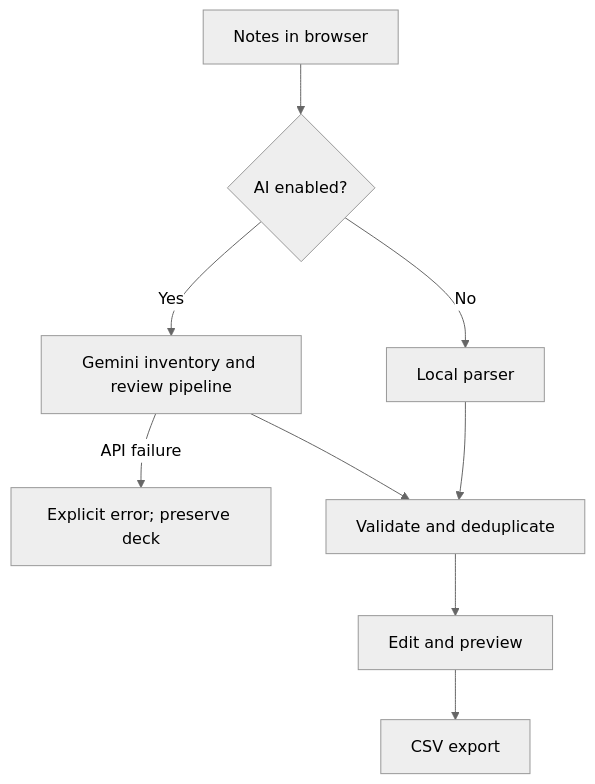
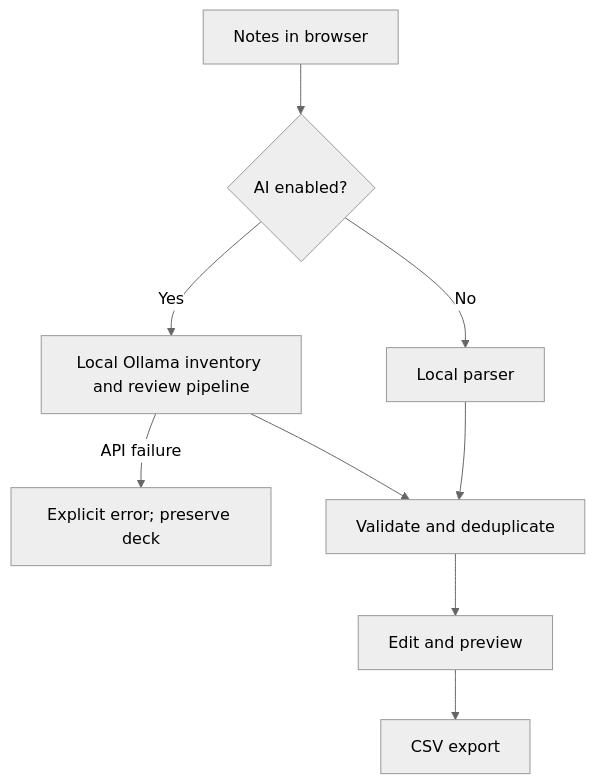
One commit to kevinhshen/Flashcard-Generator-AI changed the diagram in docs/architecture.md. Above: the diagram before and after it, drawn with Mermaid (neutral theme). The commit also changed other lines of this file and 14 other files, not shown here.

Commit message:
Replace Gemini with local Ollama generation

````diff
--- a/docs/architecture.md
+++ b/docs/architecture.md
@@ -10,11 +10,11 @@
 ```mermaid
 flowchart TD
     A[Notes in browser] --> B{AI enabled?}
     B -- No --> C[Local parser]
-    B -- Yes --> D[Gemini inventory and review pipeline]
+    B -- Yes --> D[Local Ollama inventory and review pipeline]
     D -- API failure --> H[Explicit error; preserve deck]
     C --> E[Validate and deduplicate]
     D --> E
     E --> F[Edit and preview]
     F --> G[CSV export]
 ```
````
